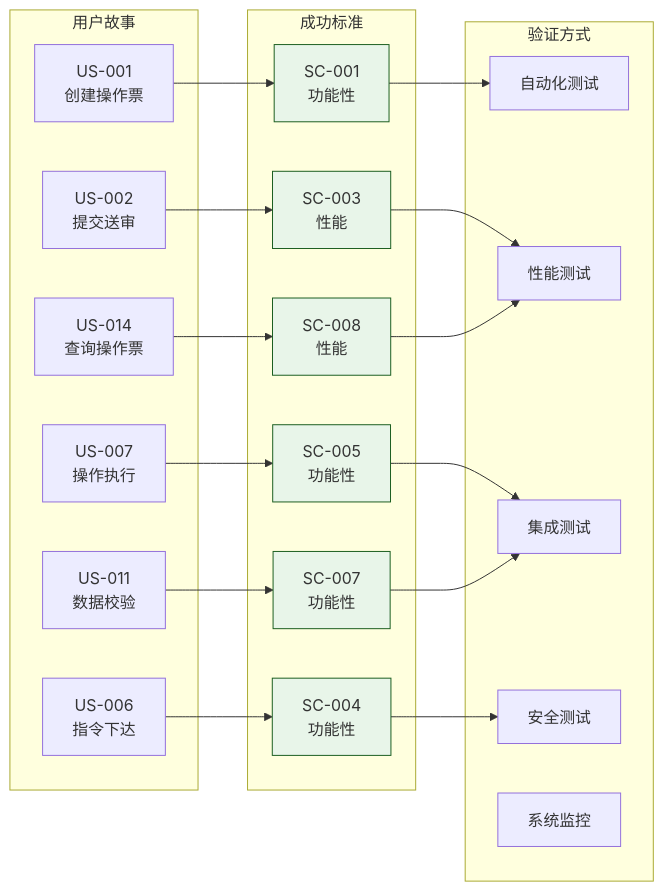
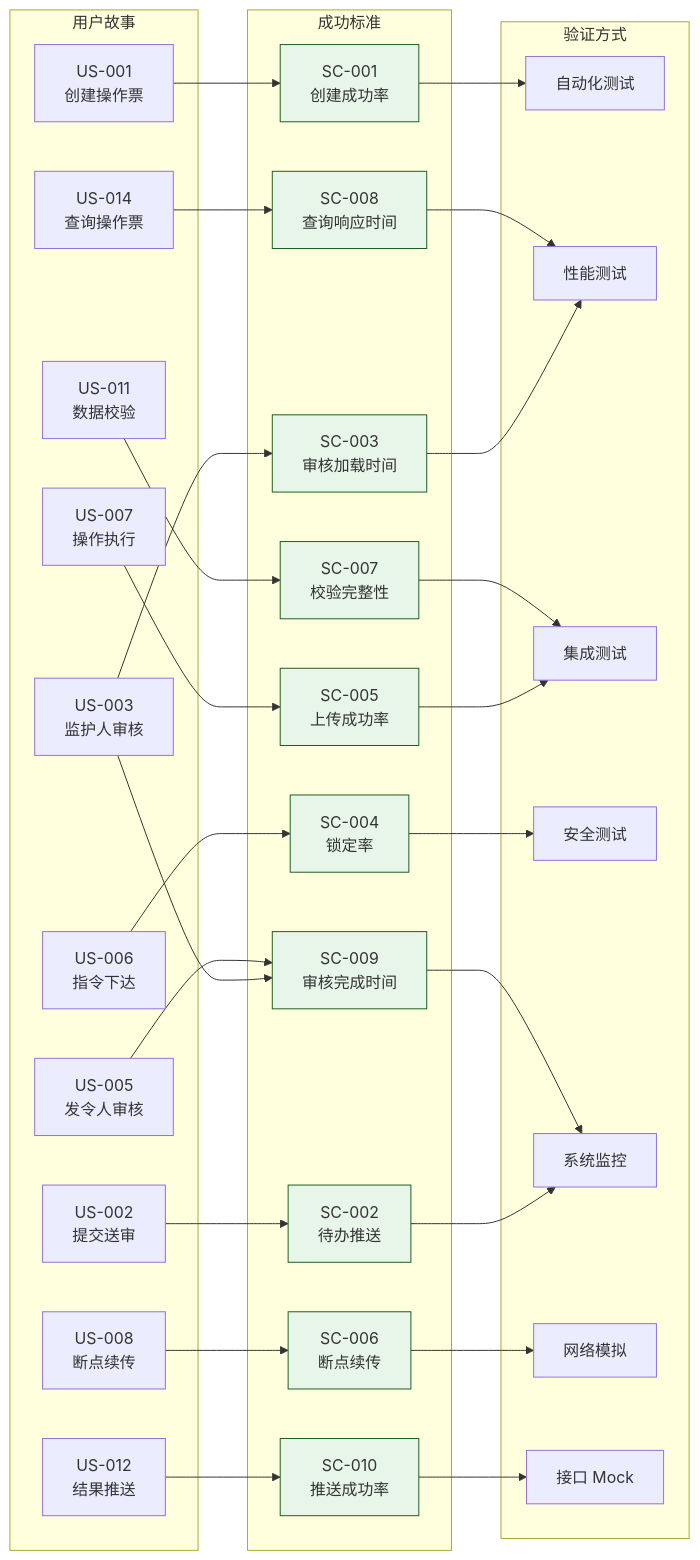
One commit to Melody-YK/operation-ticket-system changed the seventh of 8 diagrams in .kiro/specs/operation-ticket-system/requirements.md. Above: the diagram before and after it, drawn with Mermaid. The commit also changed other lines of this file and 1 other file, not shown here.

Commit message:
docs: 补齐用户故事 INVEST 检查、成功标准详细定义和完整追溯图

````diff
--- a/.kiro/specs/operation-ticket-system/requirements.md
+++ b/.kiro/specs/operation-ticket-system/requirements.md
@@ -1097,49 +1367,72 @@
 ```mermaid
 graph LR
     subgraph Requirements["用户故事"]
         US001[US-001<br/>创建操作票]
         US002[US-002<br/>提交送审]
+        US003[US-003<br/>监护人审核]
+        US005[US-005<br/>发令人审核]
         US006[US-006<br/>指令下达]
         US007[US-007<br/>操作执行]
+        US008[US-008<br/>断点续传]
         US011[US-011<br/>数据校验]
+        US012[US-012<br/>结果推送]
         US014[US-014<br/>查询操作票]
     end
 
     subgraph SuccessCriteria["成功标准"]
-        SC1[SC-001<br/>功能性]
-        SC3[SC-003<br/>性能]
-        SC4[SC-004<br/>功能性]
-        SC5[SC-005<br/>功能性]
-        SC7[SC-007<br/>功能性]
-        SC8[SC-008<br/>性能]
+        SC1[SC-001<br/>创建成功率]
+        SC2[SC-002<br/>待办推送]
+        SC3[SC-003<br/>审核加载时间]
+        SC4[SC-004<br/>锁定率]
+        SC5[SC-005<br/>上传成功率]
+        SC6[SC-006<br/>断点续传]
+        SC7[SC-007<br/>校验完整性]
+        SC8[SC-008<br/>查询响应时间]
+        SC9[SC-009<br/>审核完成时间]
+        SC10[SC-010<br/>推送成功率]
     end
 
     subgraph Verification["验证方式"]
         AT[自动化测试]
         PT[性能测试]
         IT[集成测试]
         ST[安全测试]
         MON[系统监控]
+        SIM[网络模拟]
+        MOCK[接口 Mock]
     end
 
     US001 --> SC1
+    US002 --> SC2
+    US003 --> SC3
+    US003 --> SC9
+    US005 --> SC9
     US006 --> SC4
     US007 --> SC5
+    US008 --> SC6
     US011 --> SC7
+    US012 --> SC10
     US014 --> SC8
-    US002 --> SC3
 
     SC1 --> AT
+    SC2 --> MON
     SC3 --> PT
     SC4 --> ST
     SC5 --> IT
+    SC6 --> SIM
     SC7 --> IT
     SC8 --> PT
+    SC9 --> MON
+    SC10 --> MOCK
 
     style SC1 fill:#e8f5e9,stroke:#1b5e20
+    style SC2 fill:#e8f5e9,stroke:#1b5e20
     style SC3 fill:#e8f5e9,stroke:#1b5e20
     style SC4 fill:#e8f5e9,stroke:#1b5e20
     style SC5 fill:#e8f5e9,stroke:#1b5e20
+    style SC6 fill:#e8f5e9,stroke:#1b5e20
     style SC7 fill:#e8f5e9,stroke:#1b5e20
     style SC8 fill:#e8f5e9,stroke:#1b5e20
+    style SC9 fill:#e8f5e9,stroke:#1b5e20
+    style SC10 fill:#e8f5e9,stroke:#1b5e20
 ```
````
